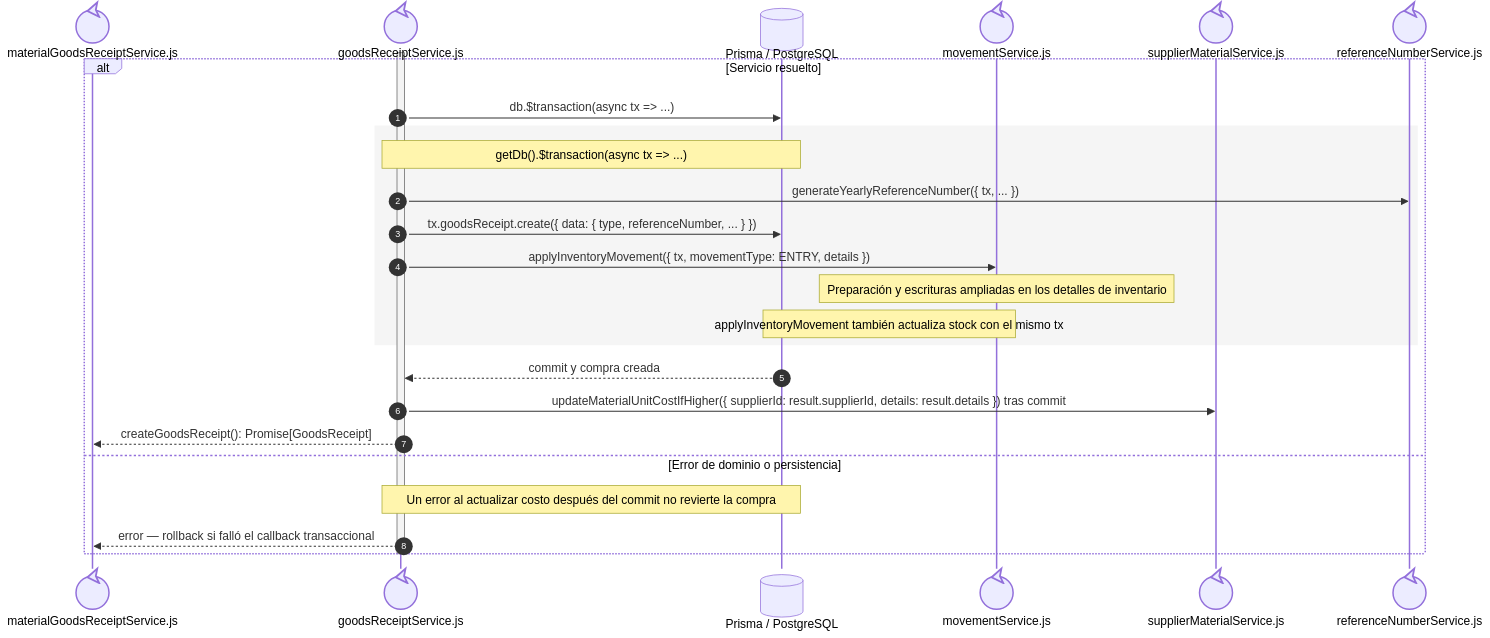
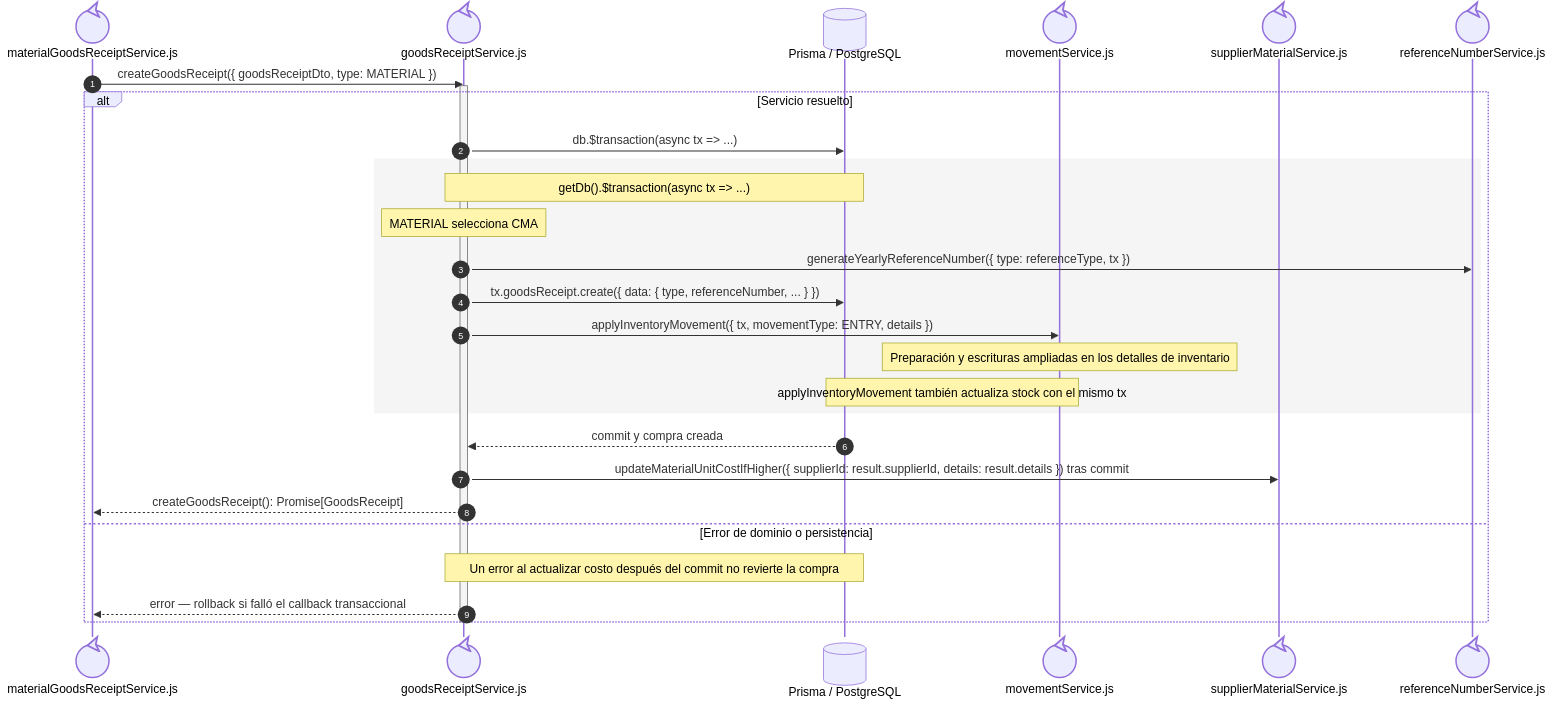
Before and after one commit to gpgsistemas01/nexus: the fifth of 8 diagrams in docs/architecture/views/processes/backend-code-sequences/purchases/cu-ent-02.md, drawn with Mermaid. The commit also changed 25 other files, not shown here.

````diff
--- a/docs/architecture/views/processes/backend-code-sequences/purchases/cu-ent-02.md
+++ b/docs/architecture/views/processes/backend-code-sequences/purchases/cu-ent-02.md
@@ -204,31 +204,33 @@
 ```mermaid
 sequenceDiagram
     autonumber
     participant Facade@{ "type": "control" } as materialGoodsReceiptService.js
     participant Core@{ "type": "control" } as goodsReceiptService.js
     participant Prisma@{ "type": "database" } as Prisma / PostgreSQL
     participant Inventory@{ "type": "control" } as movementService.js
     participant Costs@{ "type": "control" } as supplierMaterialService.js
     participant Reference@{ "type": "control" } as referenceNumberService.js
 
+    Facade->>Core: createGoodsReceipt({ goodsReceiptDto, type: MATERIAL })
     activate Core
     alt Servicio resuelto
 
         Core->>Prisma: db.$transaction(async tx => ...)
         rect rgb(245, 245, 245)
             Note over Core,Prisma: getDb().$transaction(async tx => ...)
-            Core->>Reference: generateYearlyReferenceNumber({ tx, ... })
+            Note over Core: MATERIAL selecciona CMA
+            Core->>Reference: generateYearlyReferenceNumber({ type: referenceType, tx })
             Core->>Prisma: tx.goodsReceipt.create({ data: { type, referenceNumber, ... } })
             Core->>Inventory: applyInventoryMovement({ tx, movementType: ENTRY, details })
     Note over Inventory: Preparación y escrituras ampliadas en los detalles de inventario
             Note over Inventory,Prisma: applyInventoryMovement también actualiza stock con el mismo tx
     end
         Prisma-->>Core: commit y compra creada
         Core->>Costs: updateMaterialUnitCostIfHigher({ supplierId: result.supplierId, details: result.details }) tras commit
         Core-->>Facade: createGoodsReceipt(): Promise[GoodsReceipt]
     else Error de dominio o persistencia
         Note over Core,Prisma: Un error al actualizar costo después del commit no revierte la compra
         Core-->>Facade: error — rollback si falló el callback transaccional
     end
     deactivate Core
 ```
````
